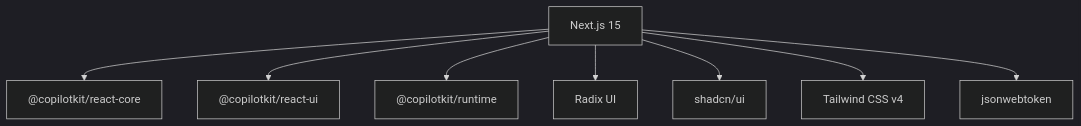
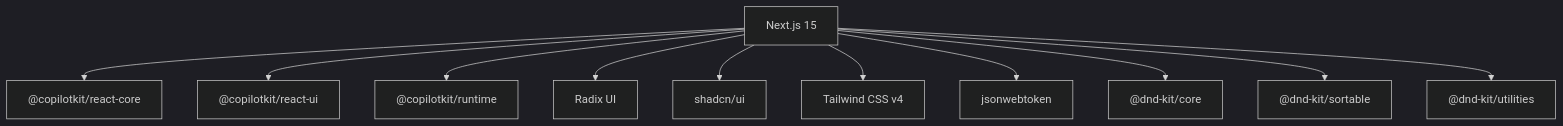
Before and after one commit to peixuanhu/goal-mate: diagram 12 of 12 in .qoder/repowiki/en/content/Frontend Architecture/Frontend Architecture.md, drawn with Mermaid (dark theme). The commit also changed other lines of this file and 14 other files, not shown here.

````diff
--- a/.qoder/repowiki/en/content/Frontend Architecture/Frontend Architecture.md
+++ b/.qoder/repowiki/en/content/Frontend Architecture/Frontend Architecture.md
@@ -333,10 +582,13 @@
 ```mermaid
 graph TB
 N["Next.js 15"] --> C1["@copilotkit/react-core"]
 N --> C2["@copilotkit/react-ui"]
 N --> C3["@copilotkit/runtime"]
 N --> R["Radix UI"]
 N --> S["shadcn/ui"]
 N --> T["Tailwind CSS v4"]
 N --> J["jsonwebtoken"]
+N --> DND["@dnd-kit/core"]
+N --> DND2["@dnd-kit/sortable"]
+N --> DND3["@dnd-kit/utilities"]
 ```
````
